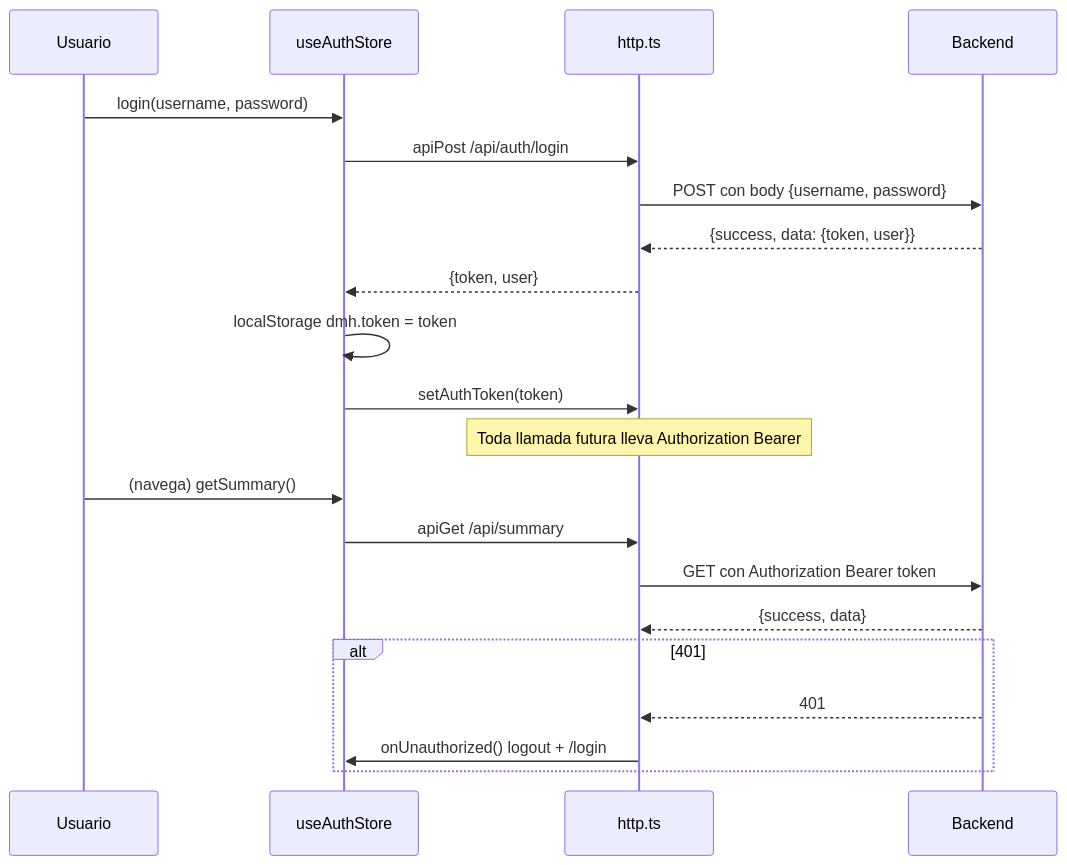
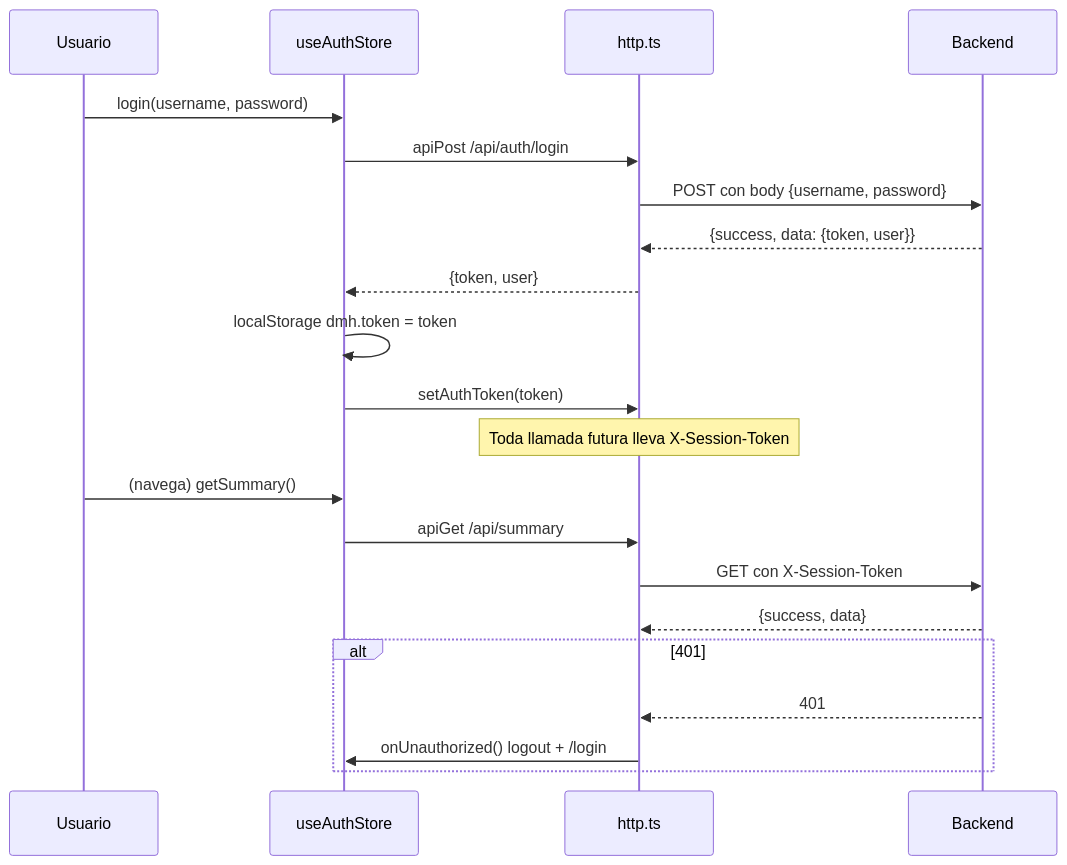
Before and after one commit to Carlosmps97/web-data-model-hub: the second of 5 diagrams in doc/api-reference.md, drawn with Mermaid. The commit also changed other lines of this file and 8 other files, not shown here.

````diff
--- a/doc/api-reference.md
+++ b/doc/api-reference.md
@@ -205,24 +229,24 @@
 ```mermaid
 sequenceDiagram
   participant U as Usuario
   participant S as useAuthStore
   participant H as http.ts
   participant B as Backend
 
   U->>S: login(username, password)
   S->>H: apiPost /api/auth/login
   H->>B: POST con body {username, password}
   B-->>H: {success, data: {token, user}}
   H-->>S: {token, user}
   S->>S: localStorage dmh.token = token
   S->>H: setAuthToken(token)
-  Note over H: Toda llamada futura lleva Authorization Bearer
+  Note over H: Toda llamada futura lleva X-Session-Token
   U->>S: (navega) getSummary()
   S->>H: apiGet /api/summary
-  H->>B: GET con Authorization Bearer token
+  H->>B: GET con X-Session-Token
   B-->>H: {success, data}
   alt 401
     B-->>H: 401
     H->>S: onUnauthorized() logout + /login
   end
 ```
````
